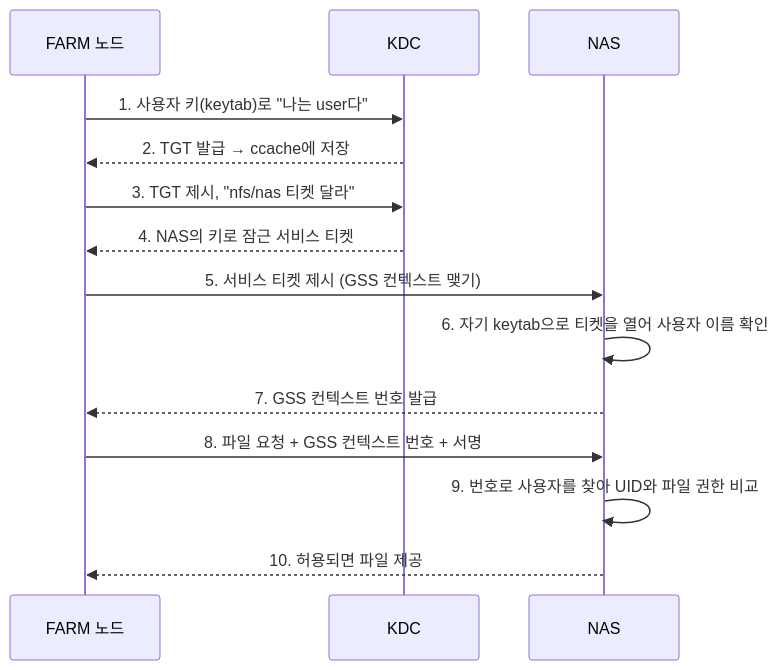
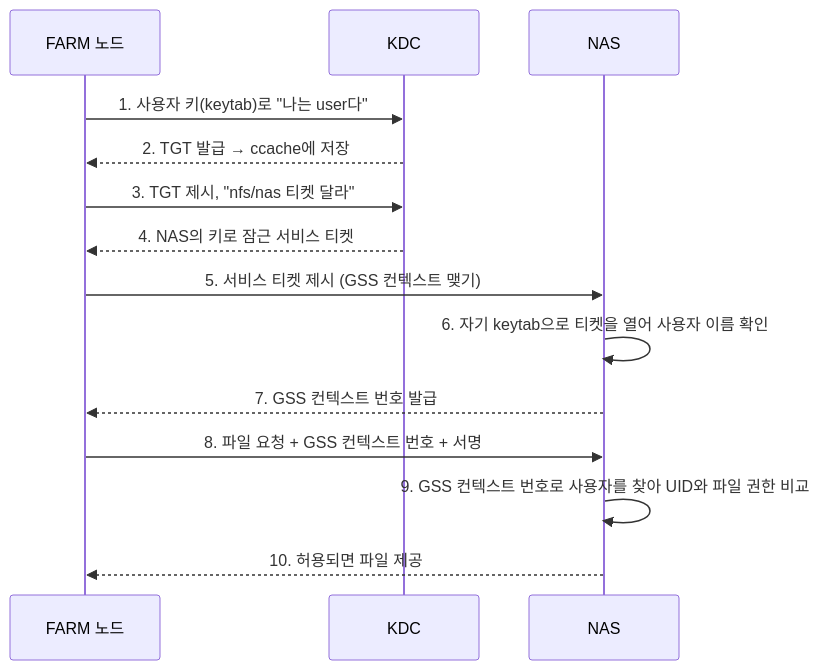
One commit to CSID-DGU/admin_wiki changed the first of 10 diagrams in md/infra/design/Kerberos-AD-Samba.md. Above: the diagram before and after it, drawn with Mermaid. The commit also changed other lines of this file and 7 other files, not shown here.

````diff
--- a/md/infra/design/Kerberos-AD-Samba.md
+++ b/md/infra/design/Kerberos-AD-Samba.md
@@ -96,17 +62,17 @@
 ```mermaid
 sequenceDiagram
     participant N as FARM 노드
     participant K as KDC
     participant NAS as NAS
 
     N->>K: 1. 사용자 키(keytab)로 "나는 user다"
     K-->>N: 2. TGT 발급 → ccache에 저장
     N->>K: 3. TGT 제시, "nfs/nas 티켓 달라"
     K-->>N: 4. NAS의 키로 잠근 서비스 티켓
     N->>NAS: 5. 서비스 티켓 제시 (GSS 컨텍스트 맺기)
     NAS->>NAS: 6. 자기 keytab으로 티켓을 열어 사용자 이름 확인
     NAS-->>N: 7. GSS 컨텍스트 번호 발급
     N->>NAS: 8. 파일 요청 + GSS 컨텍스트 번호 + 서명
-    NAS->>NAS: 9. 번호로 사용자를 찾아 UID와 파일 권한 비교
+    NAS->>NAS: 9. GSS 컨텍스트 번호로 사용자를 찾아 UID와 파일 권한 비교
     NAS-->>N: 10. 허용되면 파일 제공
 ```
````
